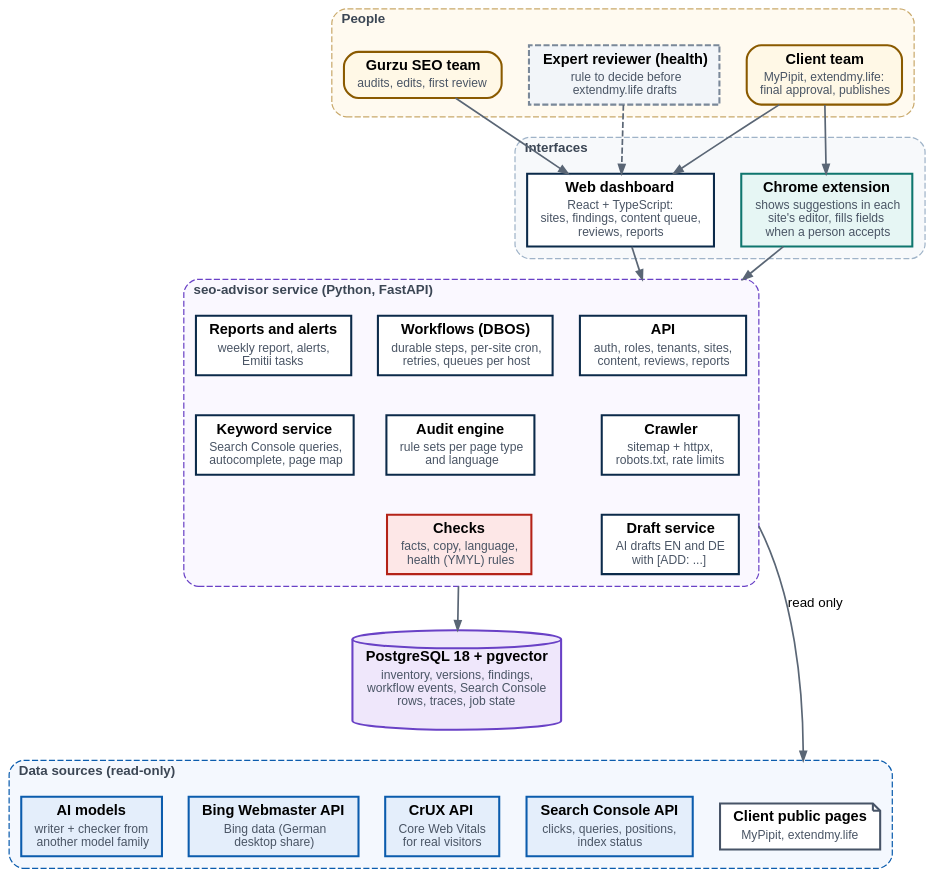
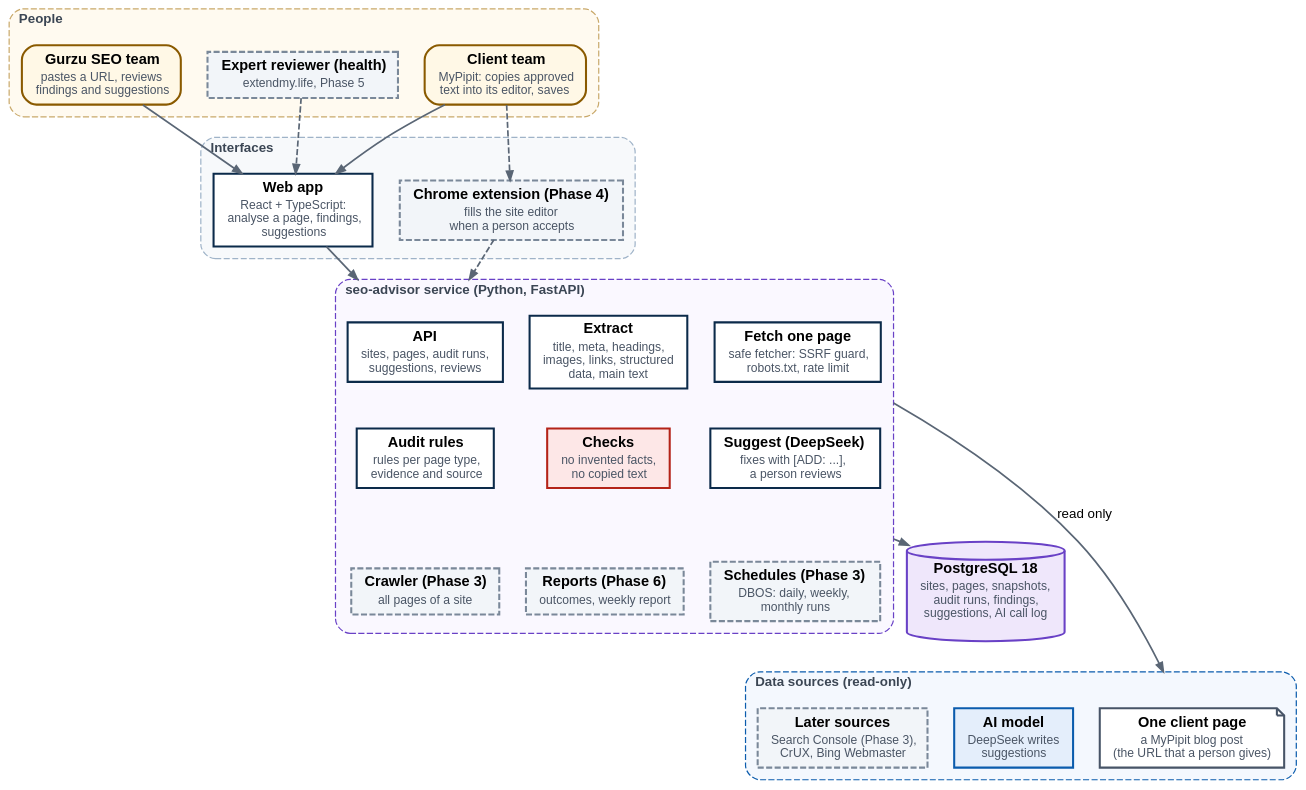
Before and after one commit to raksha-gurzu/seo-advisor: the diagram in requirements/diagrams/arch.dot, drawn with Graphviz. The commit also changed 21 other files, not shown here.

```diff
--- a/requirements/diagrams/arch.dot
+++ b/requirements/diagrams/arch.dot
@@ -1,58 +1,57 @@
 digraph G {
   graph [rankdir=TB fontname="Arial" nodesep=0.3 ranksep=0.45 splines=spline bgcolor="transparent"
          pad=0.15 newrank=true compound=true];
   node  [fontname="Arial" fontsize=12 margin="0.14,0.07"];
   edge  [fontname="Arial" fontsize=11 color="#5a6675" penwidth=1.4 arrowsize=0.75];
   subgraph cluster_people {
     label=<<B>People</B>> fontsize=11 fontcolor="#3b4654" labeljust=l
     style="rounded,dashed" color="#c9a96b" bgcolor="#fffaf0" margin=10
-  U1 [label=<<TABLE BORDER="0" CELLSPACING="0" CELLPADDING="1"><TR><TD><B>Gurzu SEO team</B></TD></TR><TR><TD><FONT POINT-SIZE="10" COLOR="#4a5565">audits, edits, first review</FONT></TD></TR></TABLE>> shape="box" style="rounded,filled,bold" fillcolor="#fff8e6" color="#8a5a00" penwidth=1.7];
-  U2 [label=<<TABLE BORDER="0" CELLSPACING="0" CELLPADDING="1"><TR><TD><B>Client team</B></TD></TR><TR><TD><FONT POINT-SIZE="10" COLOR="#4a5565">MyPipit, extendmy.life:<BR/>final approval, publishes</FONT></TD></TR></TABLE>> shape="box" style="rounded,filled,bold" fillcolor="#fff8e6" color="#8a5a00" penwidth=1.7];
-  U3 [label=<<TABLE BORDER="0" CELLSPACING="0" CELLPADDING="1"><TR><TD><B>Expert reviewer (health)</B></TD></TR><TR><TD><FONT POINT-SIZE="10" COLOR="#4a5565">rule to decide before<BR/>extendmy.life drafts</FONT></TD></TR></TABLE>> shape="box" style="filled,dashed" fillcolor="#f2f5f9" color="#7a8899" penwidth=1.7];
+  U1 [label=<<TABLE BORDER="0" CELLSPACING="0" CELLPADDING="1"><TR><TD><B>Gurzu SEO team</B></TD></TR><TR><TD><FONT POINT-SIZE="10" COLOR="#4a5565">pastes a URL, reviews<BR/>findings and suggestions</FONT></TD></TR></TABLE>> shape="box" style="rounded,filled,bold" fillcolor="#fff8e6" color="#8a5a00" penwidth=1.7];
+  U2 [label=<<TABLE BORDER="0" CELLSPACING="0" CELLPADDING="1"><TR><TD><B>Client team</B></TD></TR><TR><TD><FONT POINT-SIZE="10" COLOR="#4a5565">MyPipit: copies approved<BR/>text into its editor, saves</FONT></TD></TR></TABLE>> shape="box" style="rounded,filled,bold" fillcolor="#fff8e6" color="#8a5a00" penwidth=1.7];
+  U3 [label=<<TABLE BORDER="0" CELLSPACING="0" CELLPADDING="1"><TR><TD><B>Expert reviewer (health)</B></TD></TR><TR><TD><FONT POINT-SIZE="10" COLOR="#4a5565">extendmy.life, Phase 5</FONT></TD></TR></TABLE>> shape="box" style="filled,dashed" fillcolor="#f2f5f9" color="#7a8899" penwidth=1.7];
   }
   subgraph cluster_clients {
     label=<<B>Interfaces</B>> fontsize=11 fontcolor="#3b4654" labeljust=l
     style="rounded,dashed" color="#9fb3c8" bgcolor="#f7f9fb" margin=10
-  WEB [label=<<TABLE BORDER="0" CELLSPACING="0" CELLPADDING="1"><TR><TD><B>Web dashboard</B></TD></TR><TR><TD><FONT POINT-SIZE="10" COLOR="#4a5565">React + TypeScript:<BR/>sites, findings, content queue,<BR/>reviews, reports</FONT></TD></TR></TABLE>> shape="box" style="filled" fillcolor="#ffffff" color="#0b2a4a" penwidth=1.7];
-  EXT [label=<<TABLE BORDER="0" CELLSPACING="0" CELLPADDING="1"><TR><TD><B>Chrome extension</B></TD></TR><TR><TD><FONT POINT-SIZE="10" COLOR="#4a5565">shows suggestions in each<BR/>site&#x27;s editor, fills fields<BR/>when a person accepts</FONT></TD></TR></TABLE>> shape="box" style="filled" fillcolor="#e6f6f4" color="#0f766e" penwidth=1.7];
+  WEB [label=<<TABLE BORDER="0" CELLSPACING="0" CELLPADDING="1"><TR><TD><B>Web app</B></TD></TR><TR><TD><FONT POINT-SIZE="10" COLOR="#4a5565">React + TypeScript:<BR/>analyse a page, findings,<BR/>suggestions</FONT></TD></TR></TABLE>> shape="box" style="filled" fillcolor="#ffffff" color="#0b2a4a" penwidth=1.7];
+  EXT [label=<<TABLE BORDER="0" CELLSPACING="0" CELLPADDING="1"><TR><TD><B>Chrome extension (Phase 4)</B></TD></TR><TR><TD><FONT POINT-SIZE="10" COLOR="#4a5565">fills the site editor<BR/>when a person accepts</FONT></TD></TR></TABLE>> shape="box" style="filled,dashed" fillcolor="#f2f5f9" color="#7a8899" penwidth=1.7];
   }
   subgraph cluster_core {
     label=<<B>seo-advisor service (Python, FastAPI)</B>> fontsize=11 fontcolor="#3b4654" labeljust=l
     style="rounded,dashed" color="#6941c6" bgcolor="#faf8ff" margin=10
-  API [label=<<TABLE BORDER="0" CELLSPACING="0" CELLPADDING="1"><TR><TD><B>API</B></TD></TR><TR><TD><FONT POINT-SIZE="10" COLOR="#4a5565">auth, roles, tenants, sites,<BR/>content, reviews, reports</FONT></TD></TR></TABLE>> shape="box" style="filled" fillcolor="#ffffff" color="#0b2a4a" penwidth=1.7];
-  WF [label=<<TABLE BORDER="0" CELLSPACING="0" CELLPADDING="1"><TR><TD><B>Workflows (DBOS)</B></TD></TR><TR><TD><FONT POINT-SIZE="10" COLOR="#4a5565">durable steps, per-site cron,<BR/>retries, queues per host</FONT></TD></TR></TABLE>> shape="box" style="filled" fillcolor="#ffffff" color="#0b2a4a" penwidth=1.7];
-  CR [label=<<TABLE BORDER="0" CELLSPACING="0" CELLPADDING="1"><TR><TD><B>Crawler</B></TD></TR><TR><TD><FONT POINT-SIZE="10" COLOR="#4a5565">sitemap + httpx,<BR/>robots.txt, rate limits</FONT></TD></TR></TABLE>> shape="box" style="filled" fillcolor="#ffffff" color="#0b2a4a" penwidth=1.7];
-  AU [label=<<TABLE BORDER="0" CELLSPACING="0" CELLPADDING="1"><TR><TD><B>Audit engine</B></TD></TR><TR><TD><FONT POINT-SIZE="10" COLOR="#4a5565">rule sets per page type<BR/>and language</FONT></TD></TR></TABLE>> shape="box" style="filled" fillcolor="#ffffff" color="#0b2a4a" penwidth=1.7];
-  KW [label=<<TABLE BORDER="0" CELLSPACING="0" CELLPADDING="1"><TR><TD><B>Keyword service</B></TD></TR><TR><TD><FONT POINT-SIZE="10" COLOR="#4a5565">Search Console queries,<BR/>autocomplete, page map</FONT></TD></TR></TABLE>> shape="box" style="filled" fillcolor="#ffffff" color="#0b2a4a" penwidth=1.7];
-  DR [label=<<TABLE BORDER="0" CELLSPACING="0" CELLPADDING="1"><TR><TD><B>Draft service</B></TD></TR><TR><TD><FONT POINT-SIZE="10" COLOR="#4a5565">AI drafts EN and DE<BR/>with [ADD: ...]</FONT></TD></TR></TABLE>> shape="box" style="filled" fillcolor="#ffffff" color="#0b2a4a" penwidth=1.7];
-  CK [label=<<TABLE BORDER="0" CELLSPACING="0" CELLPADDING="1"><TR><TD><B>Checks</B></TD></TR><TR><TD><FONT POINT-SIZE="10" COLOR="#4a5565">facts, copy, language,<BR/>health (YMYL) rules</FONT></TD></TR></TABLE>> shape="box" style="filled" fillcolor="#fde7e7" color="#b42318" penwidth=1.7];
-  RP [label=<<TABLE BORDER="0" CELLSPACING="0" CELLPADDING="1"><TR><TD><B>Reports and alerts</B></TD></TR><TR><TD><FONT POINT-SIZE="10" COLOR="#4a5565">weekly report, alerts,<BR/>Emitii tasks</FONT></TD></TR></TABLE>> shape="box" style="filled" fillcolor="#ffffff" color="#0b2a4a" penwidth=1.7];
-    API -> CR [style=invis]; WF -> AU [style=invis]; RP -> KW [style=invis];
-    CR -> DR [style=invis]; AU -> CK [style=invis];
+  API [label=<<TABLE BORDER="0" CELLSPACING="0" CELLPADDING="1"><TR><TD><B>API</B></TD></TR><TR><TD><FONT POINT-SIZE="10" COLOR="#4a5565">sites, pages, audit runs,<BR/>suggestions, reviews</FONT></TD></TR></TABLE>> shape="box" style="filled" fillcolor="#ffffff" color="#0b2a4a" penwidth=1.7];
+  FP [label=<<TABLE BORDER="0" CELLSPACING="0" CELLPADDING="1"><TR><TD><B>Fetch one page</B></TD></TR><TR><TD><FONT POINT-SIZE="10" COLOR="#4a5565">safe fetcher: SSRF guard,<BR/>robots.txt, rate limit</FONT></TD></TR></TABLE>> shape="box" style="filled" fillcolor="#ffffff" color="#0b2a4a" penwidth=1.7];
+  EX [label=<<TABLE BORDER="0" CELLSPACING="0" CELLPADDING="1"><TR><TD><B>Extract</B></TD></TR><TR><TD><FONT POINT-SIZE="10" COLOR="#4a5565">title, meta, headings,<BR/>images, links, structured<BR/>data, main text</FONT></TD></TR></TABLE>> shape="box" style="filled" fillcolor="#ffffff" color="#0b2a4a" penwidth=1.7];
+  AU [label=<<TABLE BORDER="0" CELLSPACING="0" CELLPADDING="1"><TR><TD><B>Audit rules</B></TD></TR><TR><TD><FONT POINT-SIZE="10" COLOR="#4a5565">rules per page type,<BR/>evidence and source</FONT></TD></TR></TABLE>> shape="box" style="filled" fillcolor="#ffffff" color="#0b2a4a" penwidth=1.7];
+  DR [label=<<TABLE BORDER="0" CELLSPACING="0" CELLPADDING="1"><TR><TD><B>Suggest (DeepSeek)</B></TD></TR><TR><TD><FONT POINT-SIZE="10" COLOR="#4a5565">fixes with [ADD: ...],<BR/>a person reviews</FONT></TD></TR></TABLE>> shape="box" style="filled" fillcolor="#ffffff" color="#0b2a4a" penwidth=1.7];
+  CK [label=<<TABLE BORDER="0" CELLSPACING="0" CELLPADDING="1"><TR><TD><B>Checks</B></TD></TR><TR><TD><FONT POINT-SIZE="10" COLOR="#4a5565">no invented facts,<BR/>no copied text</FONT></TD></TR></TABLE>> shape="box" style="filled" fillcolor="#fde7e7" color="#b42318" penwidth=1.7];
+  CR [label=<<TABLE BORDER="0" CELLSPACING="0" CELLPADDING="1"><TR><TD><B>Crawler (Phase 3)</B></TD></TR><TR><TD><FONT POINT-SIZE="10" COLOR="#4a5565">all pages of a site</FONT></TD></TR></TABLE>> shape="box" style="filled,dashed" fillcolor="#f2f5f9" color="#7a8899" penwidth=1.7];
+  WF [label=<<TABLE BORDER="0" CELLSPACING="0" CELLPADDING="1"><TR><TD><B>Schedules (Phase 3)</B></TD></TR><TR><TD><FONT POINT-SIZE="10" COLOR="#4a5565">DBOS: daily, weekly,<BR/>monthly runs</FONT></TD></TR></TABLE>> shape="box" style="filled,dashed" fillcolor="#f2f5f9" color="#7a8899" penwidth=1.7];
+  RP [label=<<TABLE BORDER="0" CELLSPACING="0" CELLPADDING="1"><TR><TD><B>Reports (Phase 6)</B></TD></TR><TR><TD><FONT POINT-SIZE="10" COLOR="#4a5565">outcomes, weekly report</FONT></TD></TR></TABLE>> shape="box" style="filled,dashed" fillcolor="#f2f5f9" color="#7a8899" penwidth=1.7];
+    API -> AU [style=invis]; FP -> DR [style=invis]; EX -> CK [style=invis];
+    AU -> CR [style=invis]; DR -> WF [style=invis]; CK -> RP [style=invis];
   }
-  DB [label=<<TABLE BORDER="0" CELLSPACING="0" CELLPADDING="1"><TR><TD><B>PostgreSQL 18 + pgvector</B></TD></TR><TR><TD><FONT POINT-SIZE="10" COLOR="#4a5565">inventory, versions, findings,<BR/>workflow events, Search Console<BR/>rows, traces, job state</FONT></TD></TR></TABLE>> shape="cylinder" style="filled" fillcolor="#efe7fb" color="#6941c6" penwidth=1.7];
+  DB [label=<<TABLE BORDER="0" CELLSPACING="0" CELLPADDING="1"><TR><TD><B>PostgreSQL 18</B></TD></TR><TR><TD><FONT POINT-SIZE="10" COLOR="#4a5565">sites, pages, snapshots,<BR/>audit runs, findings,<BR/>suggestions, AI call log</FONT></TD></TR></TABLE>> shape="cylinder" style="filled" fillcolor="#efe7fb" color="#6941c6" penwidth=1.7];
   subgraph cluster_data {
     label=<<B>Data sources (read-only)</B>> fontsize=11 fontcolor="#3b4654" labeljust=l
     style="rounded,dashed" color="#0b5cad" bgcolor="#f4f8fe" margin=10
-  S1 [label=<<TABLE BORDER="0" CELLSPACING="0" CELLPADDING="1"><TR><TD><B>Client public pages</B></TD></TR><TR><TD><FONT POINT-SIZE="10" COLOR="#4a5565">MyPipit, extendmy.life</FONT></TD></TR></TABLE>> shape="note" style="filled" fillcolor="#ffffff" color="#475467" penwidth=1.7];
-  S2 [label=<<TABLE BORDER="0" CELLSPACING="0" CELLPADDING="1"><TR><TD><B>Search Console API</B></TD></TR><TR><TD><FONT POINT-SIZE="10" COLOR="#4a5565">clicks, queries, positions,<BR/>index status</FONT></TD></TR></TABLE>> shape="box" style="filled" fillcolor="#e4eefb" color="#0b5cad" penwidth=1.7];
-  S3 [label=<<TABLE BORDER="0" CELLSPACING="0" CELLPADDING="1"><TR><TD><B>CrUX API</B></TD></TR><TR><TD><FONT POINT-SIZE="10" COLOR="#4a5565">Core Web Vitals<BR/>for real visitors</FONT></TD></TR></TABLE>> shape="box" style="filled" fillcolor="#e4eefb" color="#0b5cad" penwidth=1.7];
-  S4 [label=<<TABLE BORDER="0" CELLSPACING="0" CELLPADDING="1"><TR><TD><B>Bing Webmaster API</B></TD></TR><TR><TD><FONT POINT-SIZE="10" COLOR="#4a5565">Bing data (German<BR/>desktop share)</FONT></TD></TR></TABLE>> shape="box" style="filled" fillcolor="#e4eefb" color="#0b5cad" penwidth=1.7];
-  S5 [label=<<TABLE BORDER="0" CELLSPACING="0" CELLPADDING="1"><TR><TD><B>AI models</B></TD></TR><TR><TD><FONT POINT-SIZE="10" COLOR="#4a5565">writer + checker from<BR/>another model family</FONT></TD></TR></TABLE>> shape="box" style="filled" fillcolor="#e4eefb" color="#0b5cad" penwidth=1.7];
+  S1 [label=<<TABLE BORDER="0" CELLSPACING="0" CELLPADDING="1"><TR><TD><B>One client page</B></TD></TR><TR><TD><FONT POINT-SIZE="10" COLOR="#4a5565">a MyPipit blog post<BR/>(the URL that a person gives)</FONT></TD></TR></TABLE>> shape="note" style="filled" fillcolor="#ffffff" color="#475467" penwidth=1.7];
+  S5 [label=<<TABLE BORDER="0" CELLSPACING="0" CELLPADDING="1"><TR><TD><B>AI model</B></TD></TR><TR><TD><FONT POINT-SIZE="10" COLOR="#4a5565">DeepSeek writes<BR/>suggestions</FONT></TD></TR></TABLE>> shape="box" style="filled" fillcolor="#e4eefb" color="#0b5cad" penwidth=1.7];
+  S2 [label=<<TABLE BORDER="0" CELLSPACING="0" CELLPADDING="1"><TR><TD><B>Later sources</B></TD></TR><TR><TD><FONT POINT-SIZE="10" COLOR="#4a5565">Search Console (Phase 3),<BR/>CrUX, Bing Webmaster</FONT></TD></TR></TABLE>> shape="box" style="filled,dashed" fillcolor="#f2f5f9" color="#7a8899" penwidth=1.7];
   }
   U1 -> WEB [];
   U2 -> WEB [];
-  U2 -> EXT [];
+  U2 -> EXT [style="dashed"];
   U3 -> WEB [style="dashed"];
   WEB -> API [lhead="cluster_core"];
-  EXT -> API [lhead="cluster_core"];
+  EXT -> API [lhead="cluster_core" style="dashed"];
   CK -> DB [ltail="cluster_core"];
-  DB -> S3 [lhead="cluster_data" style="invis"];
-  CR -> S1 [ltail="cluster_core" lhead="cluster_data" label="read only"];
+  DB -> S2 [lhead="cluster_data" style="invis"];
+  FP -> S1 [ltail="cluster_core" lhead="cluster_data" label="read only"];
   { rank=same; U1; U2; U3; }
   { rank=same; WEB; EXT; }
-  { rank=same; API; WF; RP; }
-  { rank=same; CR; AU; KW; }
-  { rank=same; DR; CK; }
-  { rank=same; S1; S2; S3; S4; S5; }
+  { rank=same; API; FP; EX; }
+  { rank=same; AU; DR; CK; }
+  { rank=same; CR; WF; RP; }
+  { rank=same; S1; S5; S2; }
 }
```
